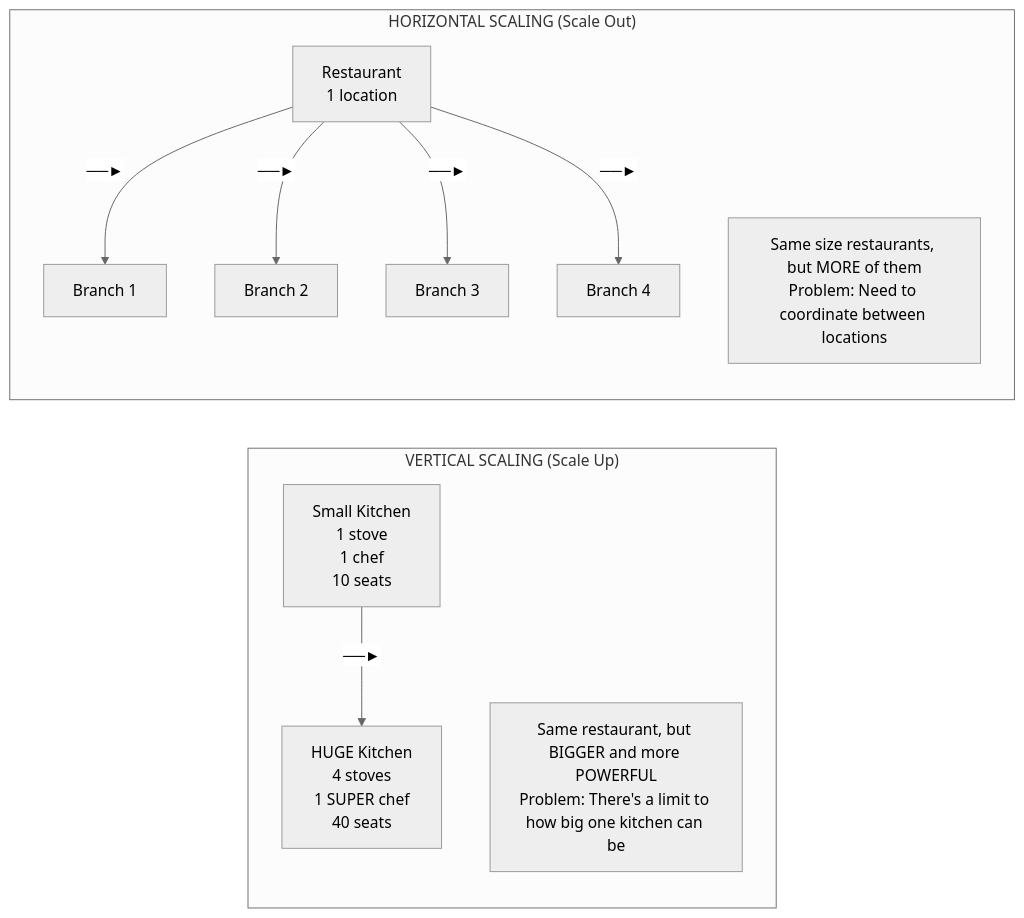
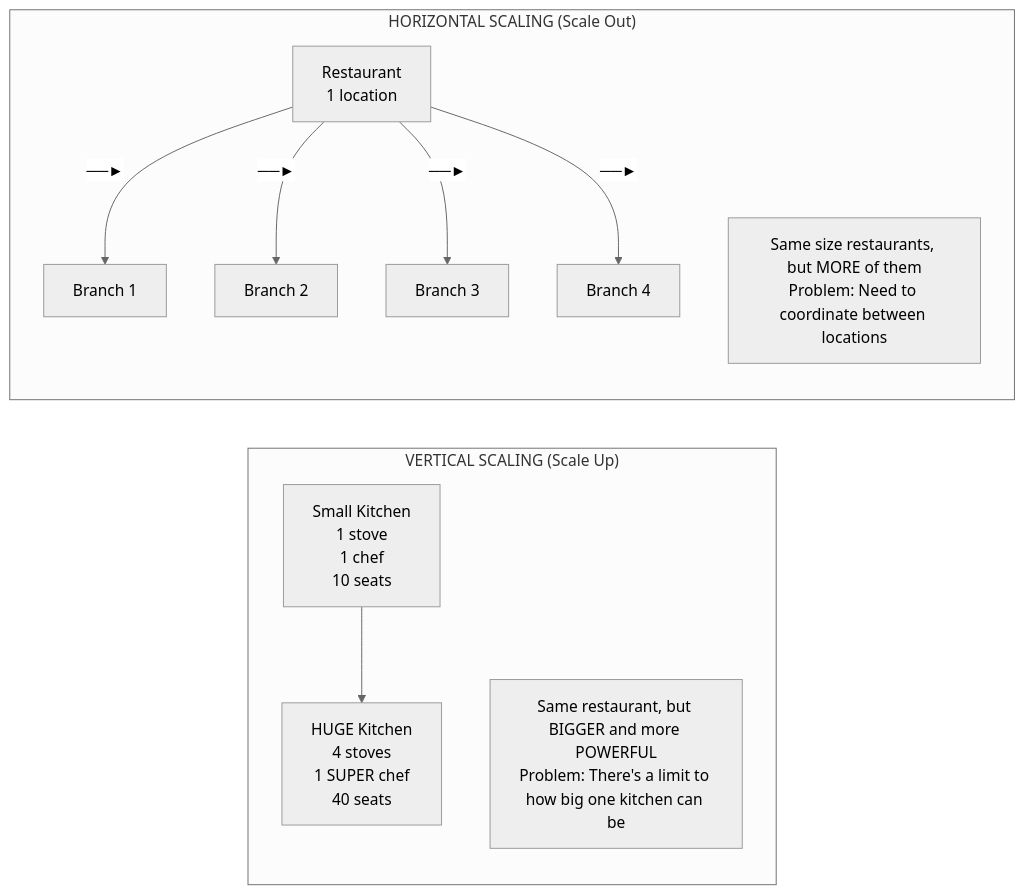
The first of 10 diagrams in Phase-01-System-Foundations/04-scalability.md (Prateeshtalasu/SystemDesignGuide), drawn with Mermaid (neutral theme) before and after one commit. The commit also changed 86 other files, not shown here.

Commit message:
Add Mermaid diagrams and content updates

````diff
--- a/Phase-01-System-Foundations/04-scalability.md
+++ b/Phase-01-System-Foundations/04-scalability.md
@@ -58,22 +58,22 @@
 ```mermaid
 graph LR
     subgraph "VERTICAL SCALING (Scale Up)"
         Before[Small Kitchen<br>1 stove<br>1 chef<br>10 seats]
         After[HUGE Kitchen<br>4 stoves<br>1 SUPER chef<br>40 seats]
-        Before -->|"──►"| After
+        Before --> After
         Note1["Same restaurant, but BIGGER and more POWERFUL<br>Problem: There's a limit to how big one kitchen can be"]
     end
     
     subgraph "HORIZONTAL SCALING (Scale Out)"
         Before2[Restaurant<br>1 location]
         After2A[Branch 1]
         After2B[Branch 2]
         After2C[Branch 3]
         After2D[Branch 4]
         Before2 -->|"──►"| After2A
         Before2 -->|"──►"| After2B
         Before2 -->|"──►"| After2C
         Before2 -->|"──►"| After2D
         Note2["Same size restaurants, but MORE of them<br>Problem: Need to coordinate between locations"]
     end
 ```
````
